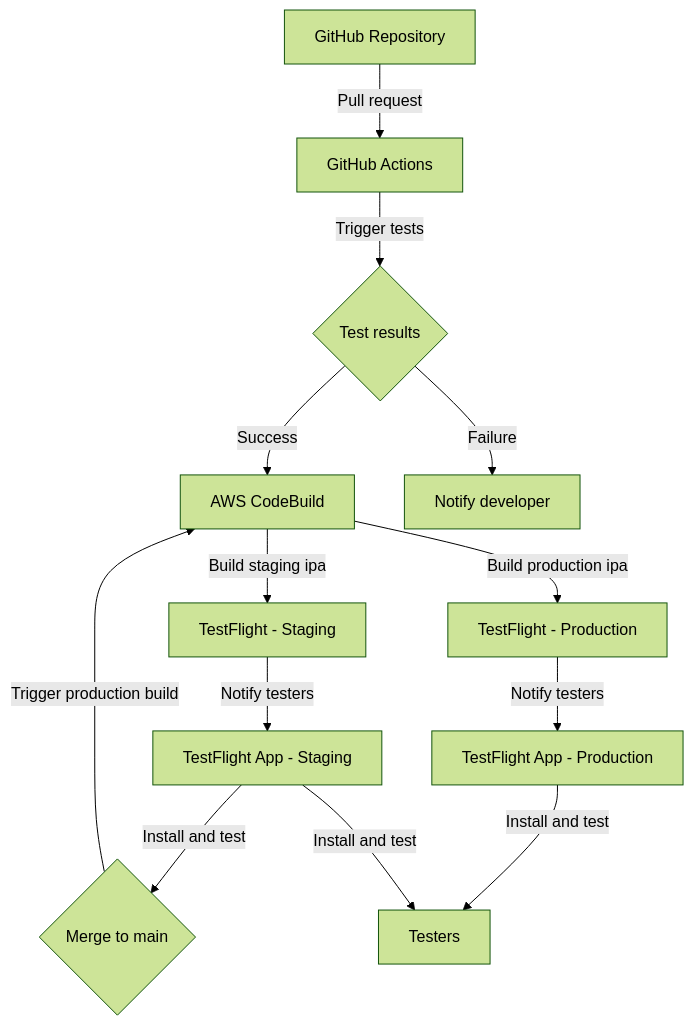
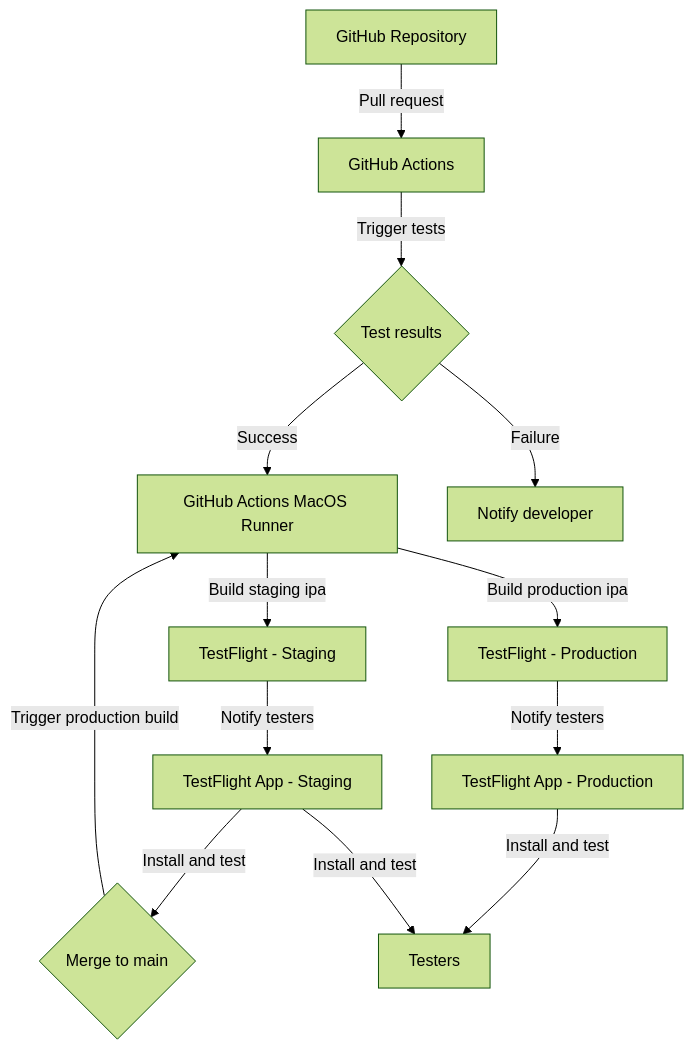
One commit to hamatz/tech_doc changed the third of 4 diagrams in android_build.md. Above: the diagram before and after it, drawn with Mermaid (forest theme). The commit also changed other lines of this file, not shown here.

Commit message:
iOSアプリのビルドはGitHub Actions MacOS Runner での実行に修正

````diff
--- a/android_build.md
+++ b/android_build.md
@@ -353,15 +360,15 @@
 ```mermaid
 graph TD;
     A[GitHub Repository] -->|Pull request| B[GitHub Actions]
     B -->|Trigger tests| C{Test results}
-    C -->|Success| D[AWS CodeBuild]
+    C -->|Success| D[GitHub Actions MacOS Runner]
     C -->|Failure| E[Notify developer]
     D -->|Build staging ipa| F[TestFlight - Staging]
     D -->|Build production ipa| G[TestFlight - Production]
     F -->|Notify testers| H[TestFlight App - Staging]
     G -->|Notify testers| I[TestFlight App - Production]
     H -->|Install and test| J{Merge to main}
     I -->|Install and test| K[Testers]
     J -->|Trigger production build| D
     H -->|Install and test| K
 ```
````
